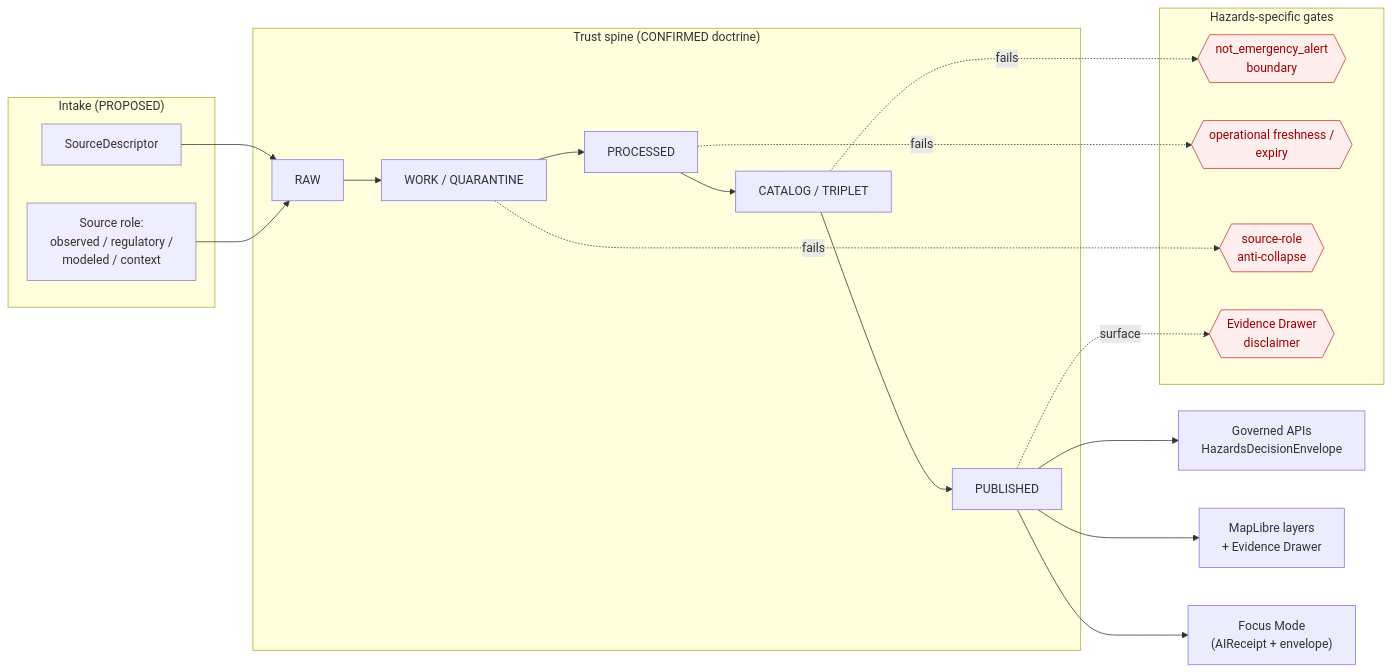
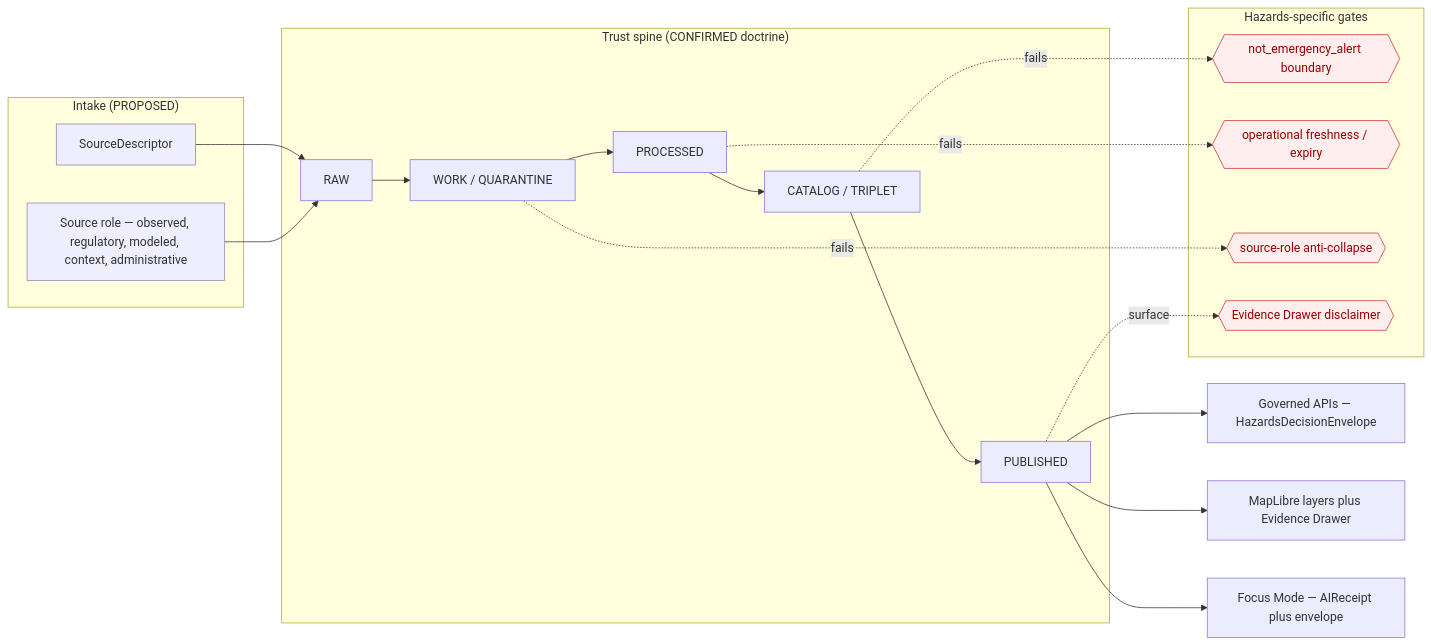
One commit to bartytime4life/Kansas-Frontier-Matrix changed the diagram in docs/domains/hazards/EXPANSION_BACKLOG.md. Above: the diagram before and after it, drawn with Mermaid. The commit also changed other lines of this file, not shown here.

````diff
--- a/docs/domains/hazards/EXPANSION_BACKLOG.md
+++ b/docs/domains/hazards/EXPANSION_BACKLOG.md
@@ -144,35 +158,35 @@
 ```mermaid
 flowchart LR
   subgraph Intake["Intake (PROPOSED)"]
-    SD[SourceDescriptor]:::pre
-    SR[Source role:<br/>observed / regulatory /<br/>modeled / context]:::pre
+    SD["SourceDescriptor"]:::pre
+    SR["Source role — observed, regulatory, modeled, context, administrative"]:::pre
   end
 
   subgraph Trust["Trust spine (CONFIRMED doctrine)"]
-    RAW[RAW] --> WQ[WORK / QUARANTINE]
-    WQ --> PR[PROCESSED]
-    PR --> CT[CATALOG / TRIPLET]
-    CT --> PUB[PUBLISHED]
+    RAW["RAW"] --> WQ["WORK / QUARANTINE"]
+    WQ --> PR["PROCESSED"]
+    PR --> CT["CATALOG / TRIPLET"]
+    CT --> PUB["PUBLISHED"]
   end
 
   subgraph Hazards["Hazards-specific gates"]
-    NEAS{{"not_emergency_alert<br/>boundary"}}:::deny
-    FRESH{{"operational freshness /<br/>expiry"}}:::deny
-    ROLE{{"source-role<br/>anti-collapse"}}:::deny
-    DISC{{"Evidence Drawer<br/>disclaimer"}}:::deny
+    NEAS{{"not_emergency_alert boundary"}}:::deny
+    FRESH{{"operational freshness / expiry"}}:::deny
+    ROLE{{"source-role anti-collapse"}}:::deny
+    DISC{{"Evidence Drawer disclaimer"}}:::deny
   end
 
   SD --> RAW
   SR --> RAW
   WQ -. fails .-> ROLE
   PR -. fails .-> FRESH
   CT -. fails .-> NEAS
   PUB -. surface .-> DISC
 
-  PUB --> API["Governed APIs<br/>HazardsDecisionEnvelope"]
-  PUB --> MAP["MapLibre layers<br/>+ Evidence Drawer"]
-  PUB --> AI["Focus Mode<br/>(AIReceipt + envelope)"]
+  PUB --> API["Governed APIs — HazardsDecisionEnvelope"]
+  PUB --> MAP["MapLibre layers plus Evidence Drawer"]
+  PUB --> AI["Focus Mode — AIReceipt plus envelope"]
 
   classDef pre fill:#eef,stroke:#88a;
   classDef deny fill:#fee,stroke:#c33,color:#900;
 ```
````
